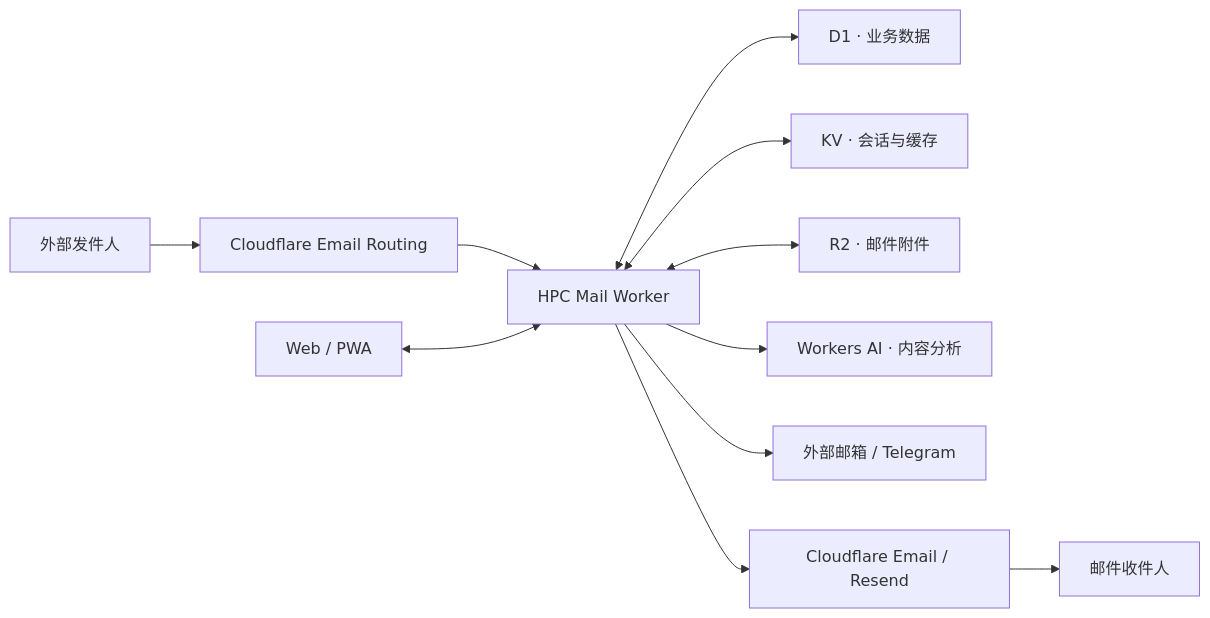
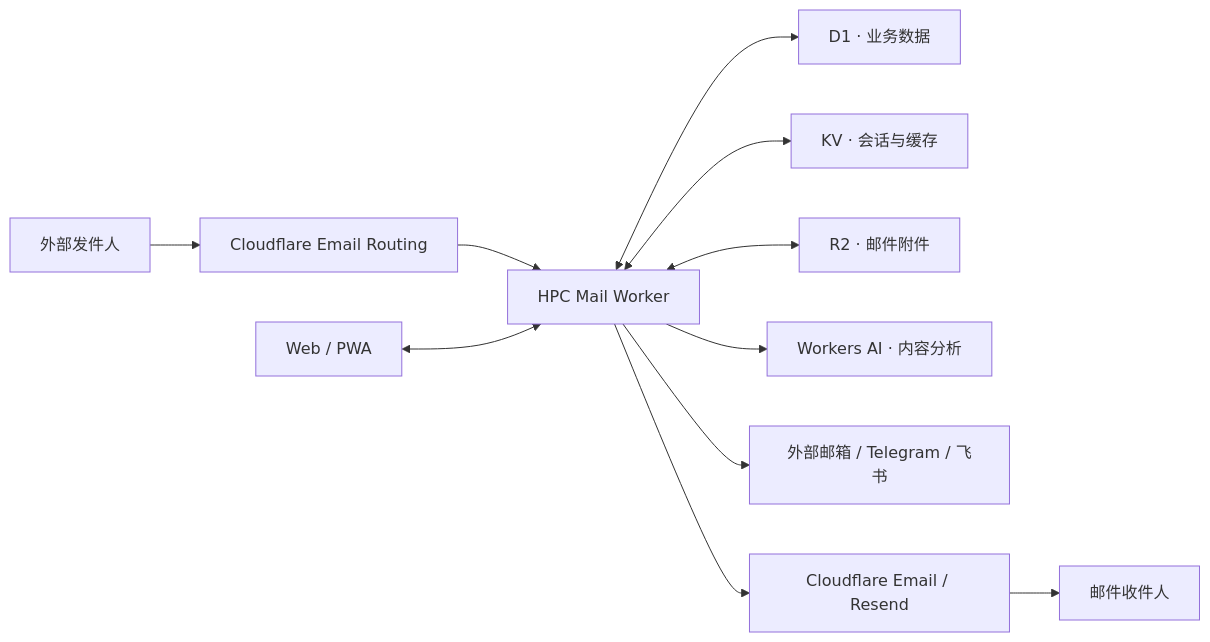
One commit to a37836323/hpc-mail changed the diagram in README.md. Above: the diagram before and after it, drawn with Mermaid. The commit also changed other lines of this file and 48 other files, not shown here.

````diff
--- a/README.md
+++ b/README.md
@@ -36,13 +36,13 @@
 ```mermaid
 flowchart LR
     Sender["外部发件人"] --> Routing["Cloudflare Email Routing"]
     Routing --> Worker["HPC Mail Worker"]
     Browser["Web / PWA"] <--> Worker
     Worker <--> D1["D1 · 业务数据"]
     Worker <--> KV["KV · 会话与缓存"]
     Worker <--> R2["R2 · 邮件附件"]
     Worker --> AI["Workers AI · 内容分析"]
-    Worker --> Forward["外部邮箱 / Telegram"]
+    Worker --> Forward["外部邮箱 / Telegram / 飞书"]
     Worker --> Provider["Cloudflare Email / Resend"]
     Provider --> Recipient["邮件收件人"]
 ```
````
